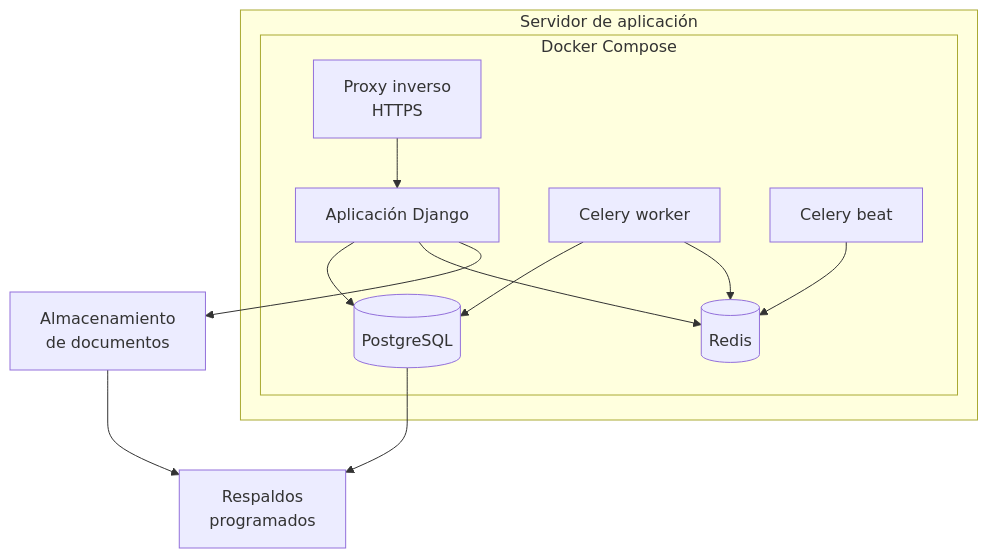
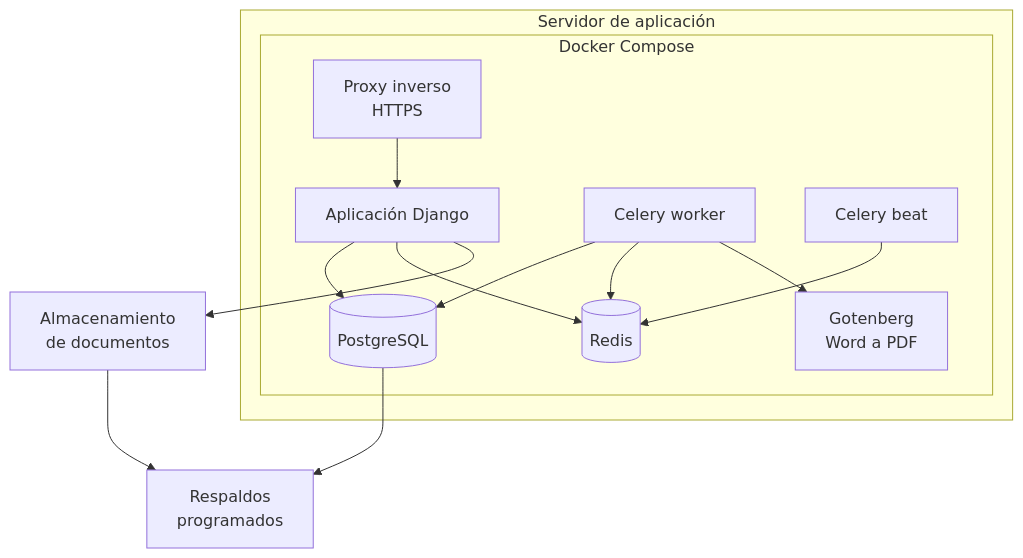
One commit to fecartagena/CRM---Easy-Office changed the sixth of 6 diagrams in Fase 2/Evidencias Proyecto/Documentación/07_arquitectura/ARQ-001_Arquitectura.md. Above: the diagram before and after it, drawn with Mermaid. The commit also changed other lines of this file and 11 other files, not shown here.

````diff
--- a/Fase 2/Evidencias Proyecto/Documentación/07_arquitectura/ARQ-001_Arquitectura.md
+++ b/Fase 2/Evidencias Proyecto/Documentación/07_arquitectura/ARQ-001_Arquitectura.md
@@ -327,26 +327,28 @@
 ```mermaid
 graph TB
     subgraph HOST[Servidor de aplicación]
         subgraph DOCKER[Docker Compose]
             N[Proxy inverso<br/>HTTPS]
             APP[Aplicación Django]
             W[Celery worker]
             B[Celery beat]
             PG[(PostgreSQL)]
             R[(Redis)]
+            G[Gotenberg<br/>Word a PDF]
         end
     end
 
     ST[Almacenamiento<br/>de documentos]
     BK[Respaldos<br/>programados]
 
     N --> APP
     APP --> PG
     APP --> R
     W --> PG
     W --> R
     B --> R
+    W --> G
     APP --> ST
     PG --> BK
     ST --> BK
 ```
````
